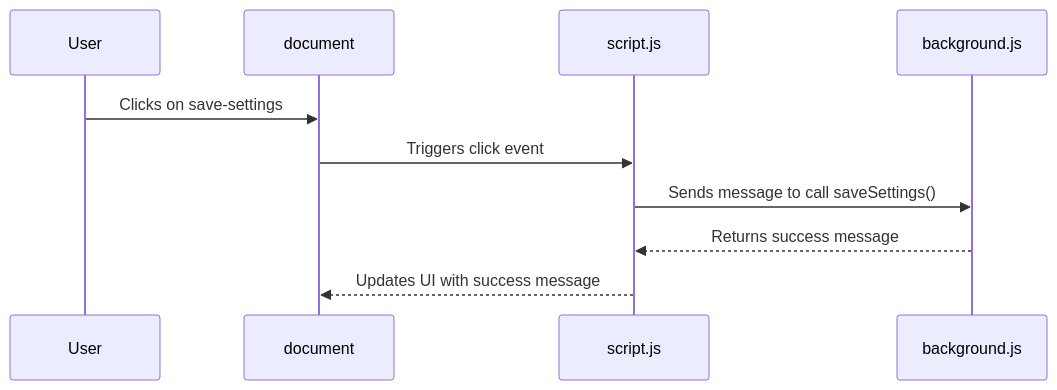
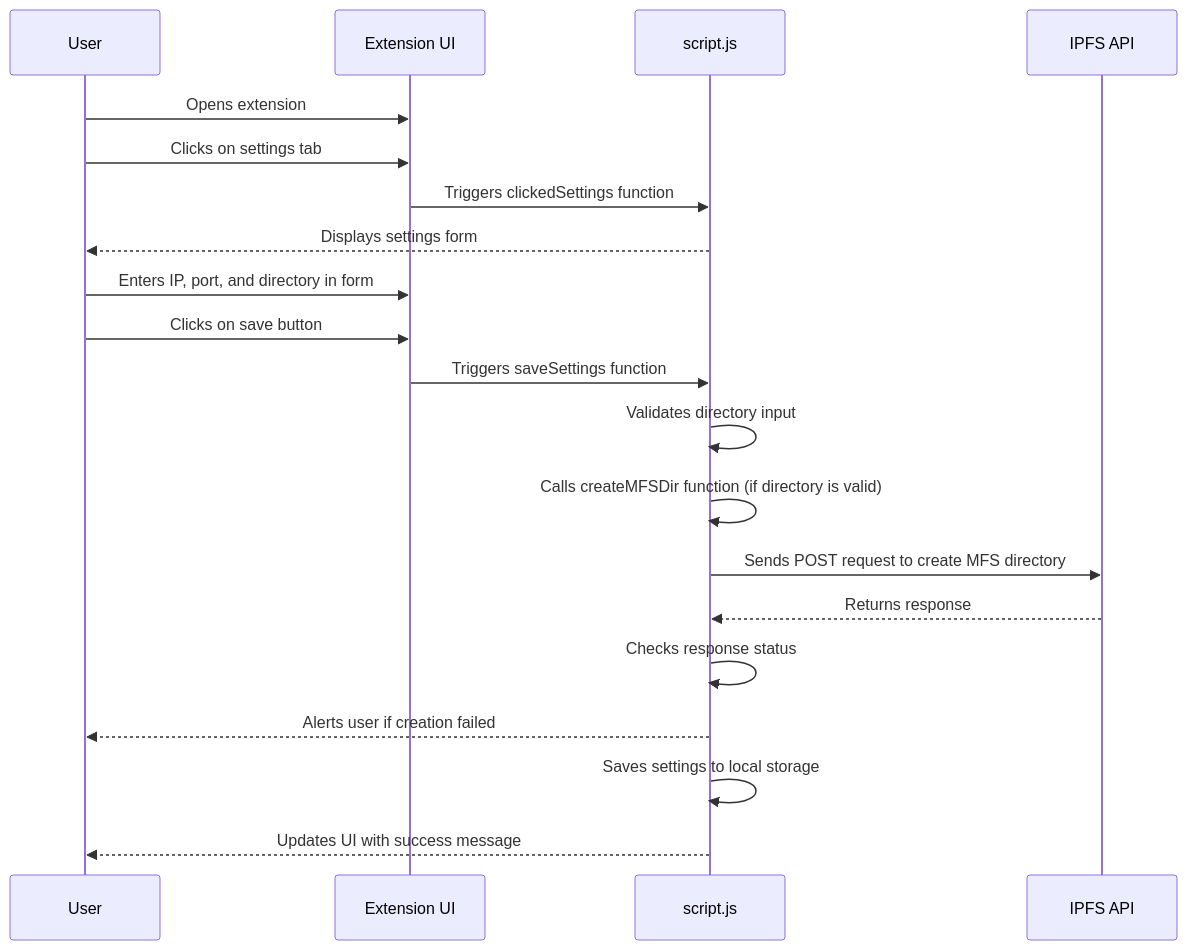
The ninth of 13 diagrams in docs/diagram.md (easierdata/web3-geo-extension), drawn with Mermaid before and after one commit. The commit also changed other lines of this file, not shown here.

Commit message:
Updated diagram with more details on the events in script.js

````diff
--- a/docs/diagram.md
+++ b/docs/diagram.md
@@ -215,12 +215,22 @@
 ```mermaid
 sequenceDiagram
     participant User
-    participant Document as document
+    participant Extension as Extension UI
     participant Script as script.js
-    participant BackgroundScript as background.js
-    User->>Document: Clicks on save-settings
-    Document->>Script: Triggers click event
-    Script->>BackgroundScript: Sends message to call saveSettings()
-    BackgroundScript-->>Script: Returns success message
-    Script-->>Document: Updates UI with success message
+    participant API as IPFS API
+    User->>Extension: Opens extension
+    User->>Extension: Clicks on settings tab
+    Extension->>Script: Triggers clickedSettings function
+    Script-->>User: Displays settings form
+    User->>Extension: Enters IP, port, and directory in form
+    User->>Extension: Clicks on save button
+    Extension->>Script: Triggers saveSettings function
+    Script->>Script: Validates directory input
+    Script->>Script: Calls createMFSDir function (if directory is valid)
+    Script->>API: Sends POST request to create MFS directory
+    API-->>Script: Returns response
+    Script->>Script: Checks response status
+    Script-->>User: Alerts user if creation failed
+    Script->>Script: Saves settings to local storage
+    Script-->>User: Updates UI with success message
 ```
````
